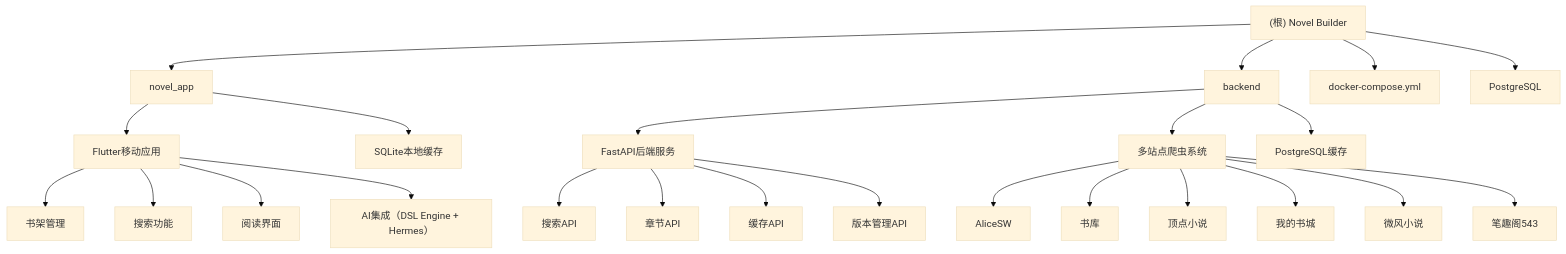
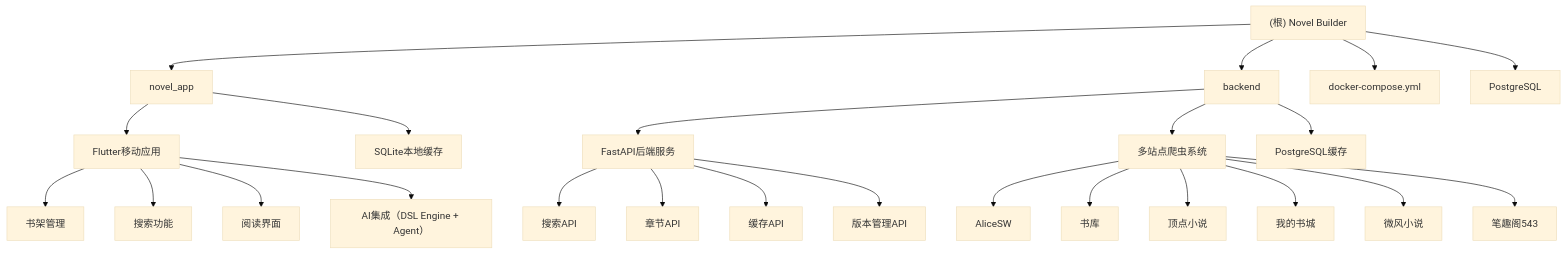
Before and after one commit to yunkst/novel_builder: the diagram in CLAUDE.md, drawn with Mermaid (base theme). The commit also changed other lines of this file and 82 other files, not shown here.

````diff
--- a/CLAUDE.md
+++ b/CLAUDE.md
@@ -14,34 +14,34 @@
 ```mermaid
 graph TD
     A["(根) Novel Builder"] --> B["novel_app"];
     A --> C["backend"];
     A --> D["docker-compose.yml"];
     A --> E["PostgreSQL"];
 
     B --> F["Flutter移动应用"];
     B --> G["SQLite本地缓存"];
 
     C --> H["FastAPI后端服务"];
     C --> I["多站点爬虫系统"];
     C --> J["PostgreSQL缓存"];
 
     F --> K["书架管理"];
     F --> L["搜索功能"];
     F --> M["阅读界面"];
-    F --> N["AI集成（DSL Engine + Hermes）"];
+    F --> N["AI集成（DSL Engine + Agent）"];
 
     H --> O["搜索API"];
     H --> P["章节API"];
     H --> Q["缓存API"];
     H --> R["版本管理API"];
 
     I --> S["AliceSW"];
     I --> T["书库"];
     I --> U["顶点小说"];
     I --> V["我的书城"];
     I --> W["微风小说"];
     I --> X["笔趣阁543"];
 
     click B "./novel_app/CLAUDE.md" "查看 Flutter 移动应用模块"
     click C "./backend/CLAUDE.md" "查看 Python 后端模块"
 ```
````
